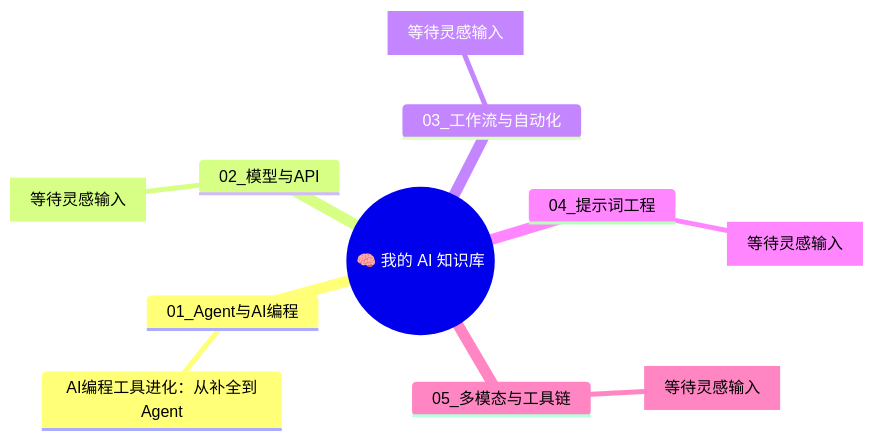
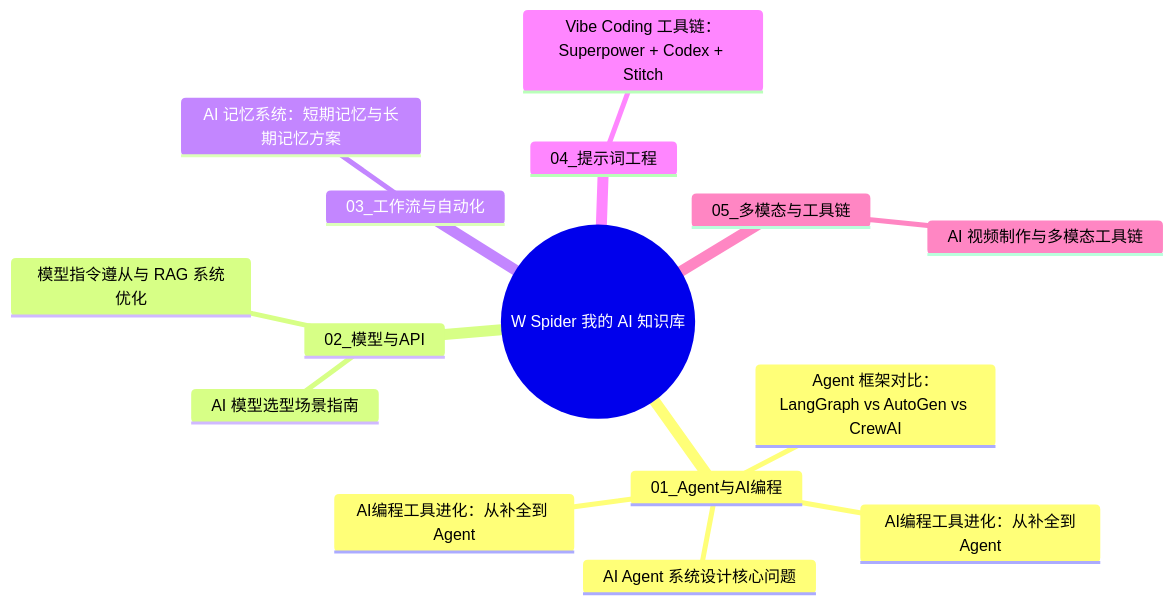
Before and after one commit to qiqinmo-bit/qiqinmo_hub: the first of 2 diagrams in 04_知识网络/knowledge_graph.md, drawn with Mermaid. The commit also changed other lines of this file and 1898 other files, not shown here.

````diff
--- a/04_知识网络/knowledge_graph.md
+++ b/04_知识网络/knowledge_graph.md
@@ -7,14 +7,18 @@
 ```mermaid
 mindmap
-  root((🧠 我的 AI 知识库))
+  root((W Spider 我的 AI 知识库))
     01_Agent与AI编程
       AI编程工具进化：从补全到Agent
+      Agent 框架对比：LangGraph vs AutoGen vs CrewAI
+      AI Agent 系统设计核心问题
+      AI编程工具进化：从补全到 Agent
     02_模型与API
-      [等待灵感输入]
+      AI 模型选型场景指南
+      模型指令遵从与 RAG 系统优化
     03_工作流与自动化
-      [等待灵感输入]
+      AI 记忆系统：短期记忆与长期记忆方案
     04_提示词工程
-      [等待灵感输入]
+      Vibe Coding 工具链：Superpower + Codex + Stitch
     05_多模态与工具链
-      [等待灵感输入]
+      AI 视频制作与多模态工具链
 ```
````
